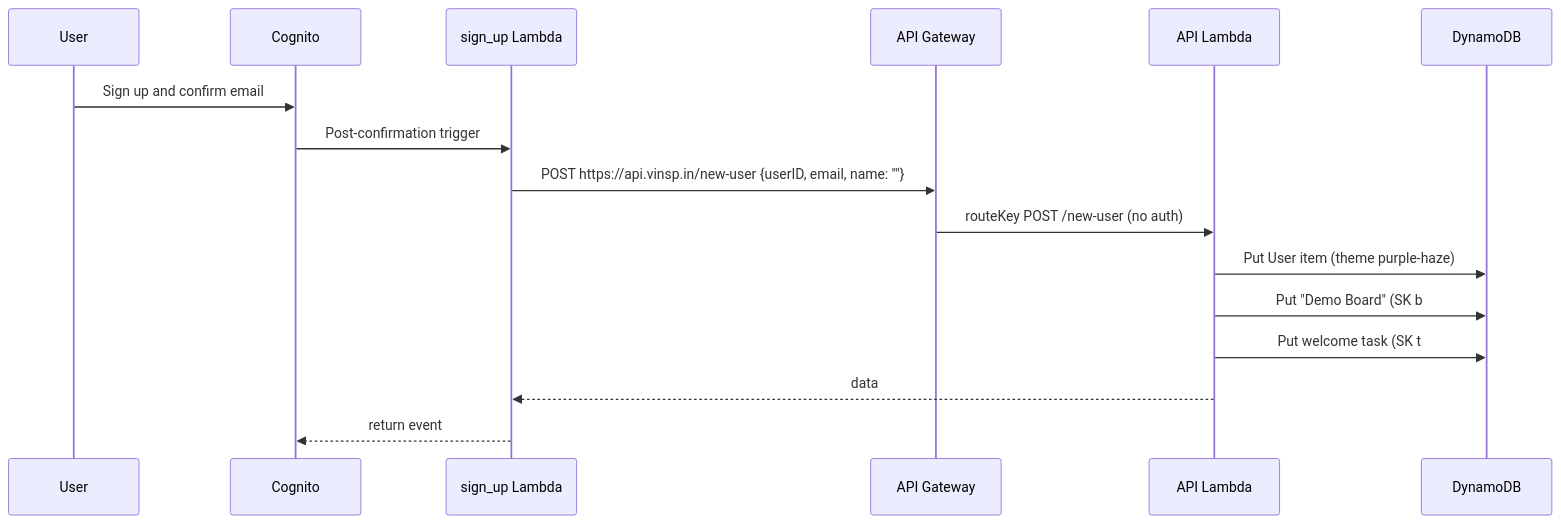
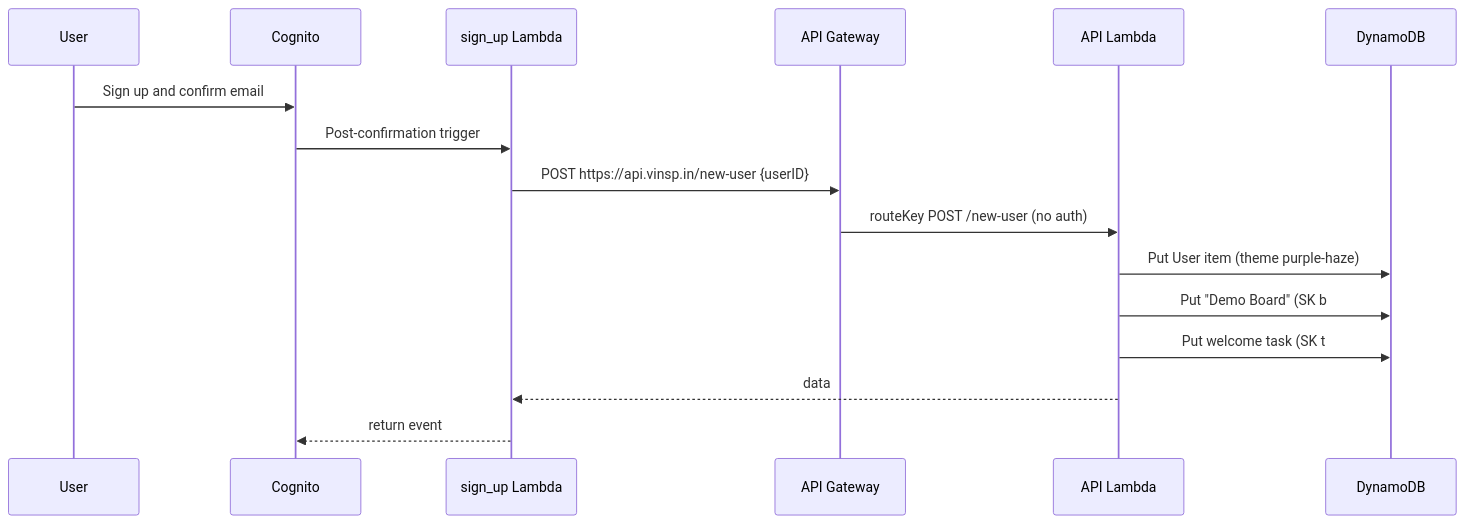
One commit to TomBenjaminMorris/listpal-backend changed the second of 10 diagrams in ARCHITECTURE.md. Above: the diagram before and after it, drawn with Mermaid. The commit also changed other lines of this file and 8 other files, not shown here.

````diff
--- a/ARCHITECTURE.md
+++ b/ARCHITECTURE.md
@@ -113,19 +113,19 @@
 ```mermaid
 sequenceDiagram
     participant U as User
     participant C as Cognito
     participant S as sign_up Lambda
     participant G as API Gateway
     participant A as API Lambda
     participant D as DynamoDB
 
     U->>C: Sign up and confirm email
     C->>S: Post-confirmation trigger
-    S->>G: POST https://api.vinsp.in/new-user {userID, email, name: ""}
+    S->>G: POST https://api.vinsp.in/new-user {userID}
     G->>A: routeKey POST /new-user (no auth)
     A->>D: Put User item (theme purple-haze)
     A->>D: Put "Demo Board" (SK b#userID)
     A->>D: Put welcome task (SK t#userID)
     A-->>S: data
     S-->>C: return event
 ```
````
